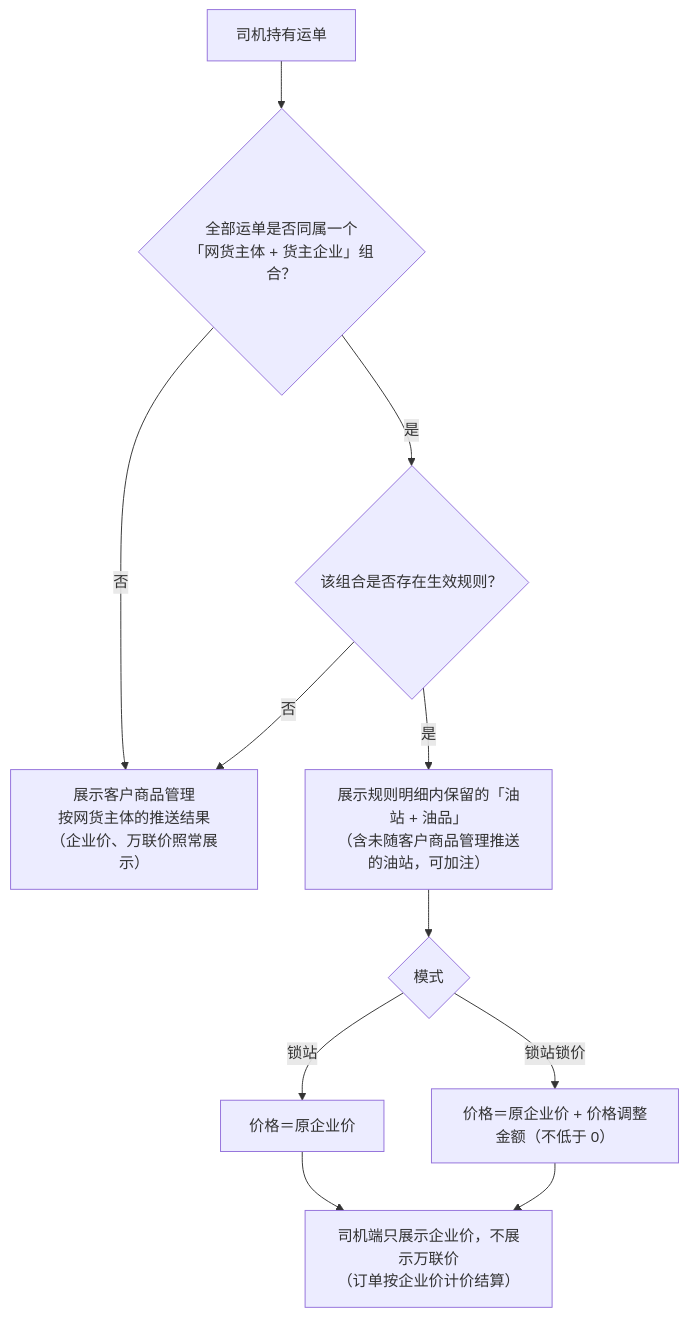
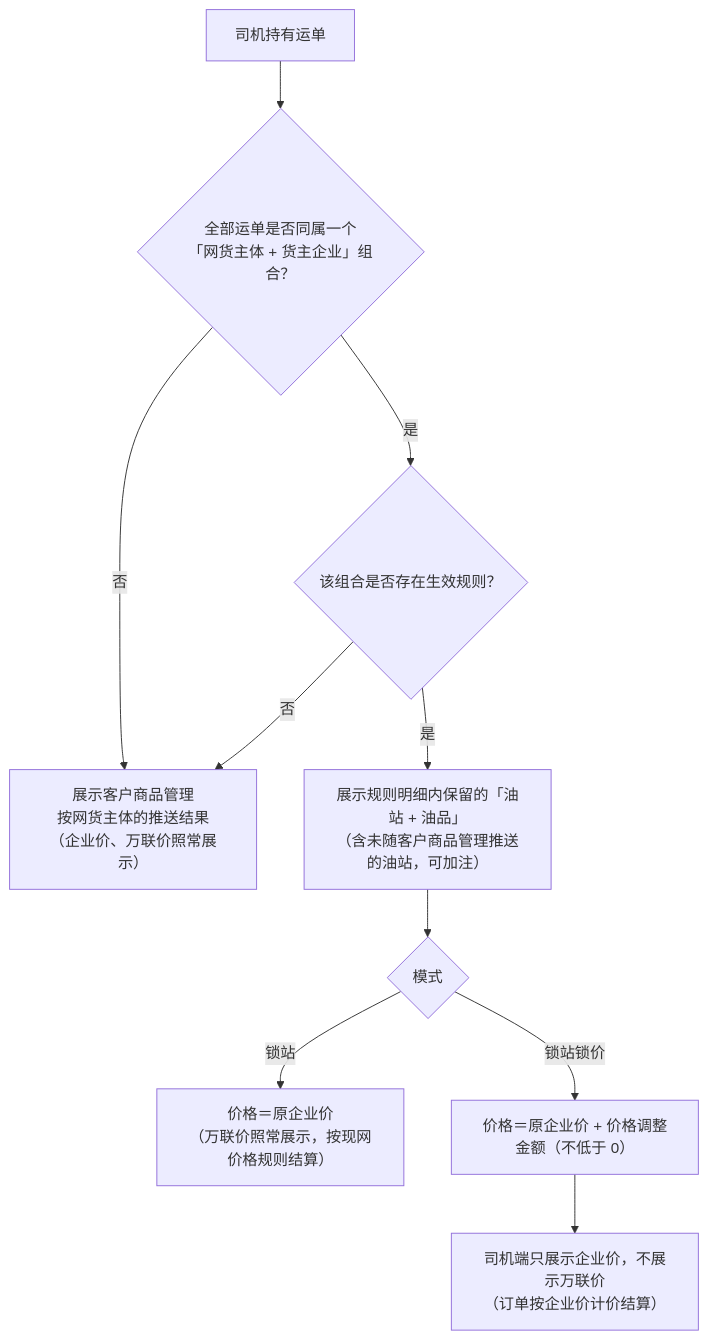
One commit to Zsmboom/matching-order-prototype changed the diagram in _wb_drv.mmd. Above: the diagram before and after it, drawn with Mermaid. The commit also changed 21 other files, not shown here.

```diff
--- a/_wb_drv.mmd
+++ b/_wb_drv.mmd
@@ -1,11 +1,10 @@
 flowchart TD
   A["司机持有运单"] --> B{"全部运单是否同属一个<br/>「网货主体 + 货主企业」组合？"}
   B -->|否| C["展示客户商品管理<br/>按网货主体的推送结果<br/>（企业价、万联价照常展示）"]
   B -->|是| D{"该组合是否存在生效规则？"}
   D -->|否| C
   D -->|是| E["展示规则明细内保留的「油站 + 油品」<br/>（含未随客户商品管理推送的油站，可加注）"]
   E --> F{"模式"}
-  F -->|锁站| G["价格＝原企业价"]
+  F -->|锁站| G["价格＝原企业价<br/>（万联价照常展示，按现网价格规则结算）"]
   F -->|锁站锁价| H["价格＝原企业价 + 价格调整金额（不低于 0）"]
-  G --> I["司机端只展示企业价，不展示万联价<br/>（订单按企业价计价结算）"]
-  H --> I
+  H --> I["司机端只展示企业价，不展示万联价<br/>（订单按企业价计价结算）"]
```
